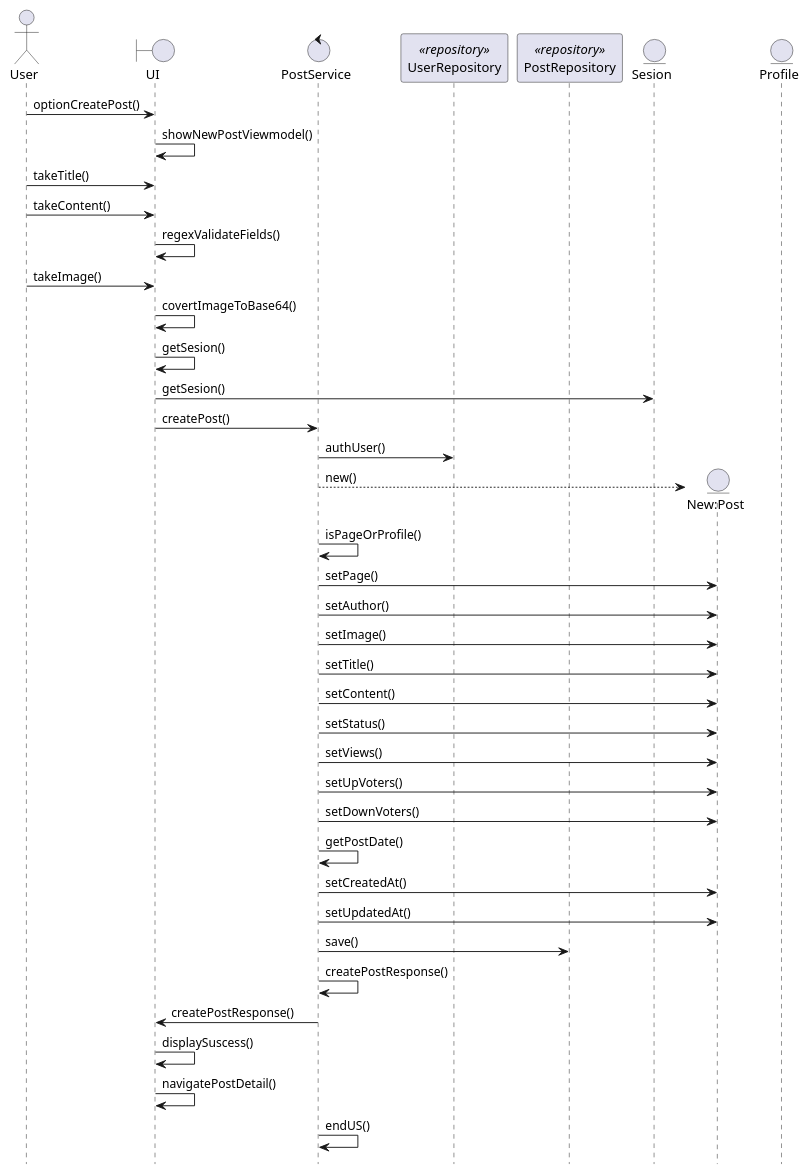
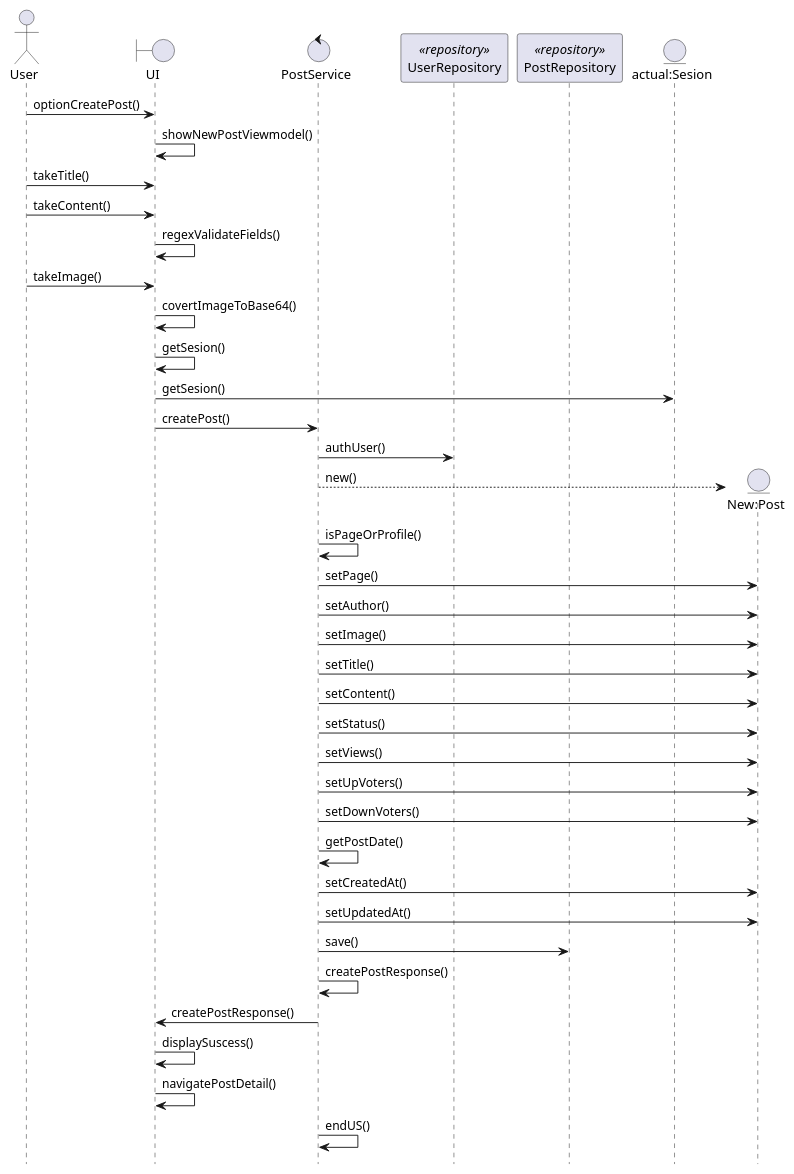
The diagram in create-post-sequence.puml (2piradrian/seminario-docs), drawn with PlantUML before and after one commit.

Commit message:
delete profile entity

```diff
--- a/create-post-sequence.puml
+++ b/create-post-sequence.puml
@@ -1,45 +1,44 @@
 @startuml
 actor User
 boundary "UI" as UI
 control "PostService" as C
 participant "UserRepository" as UR <<repository>>
 participant "PostRepository" as PTR <<repository>>
-entity "Sesion" as S
+entity "actual:Sesion" as S
 entity "New:Post" as P
-entity "Profile" as PR
 
 User -> UI : optionCreatePost()
 UI -> UI: showNewPostViewmodel()
 User -> UI: takeTitle()
 User -> UI: takeContent()
 UI -> UI: regexValidateFields()
 User -> UI: takeImage()
 UI -> UI: covertImageToBase64()
 UI -> UI: getSesion()
 UI -> S: getSesion()
 UI -> C: createPost()
 C -> UR: authUser() 
 create P
 C --> P : new()
 C -> C: isPageOrProfile()
 C -> P: setPage()
 C -> P: setAuthor()
 C -> P: setImage()
 C -> P: setTitle()
 C -> P: setContent()
 C -> P: setStatus()
 C -> P: setViews()
 C -> P: setUpVoters()
 C -> P: setDownVoters()
 C -> C : getPostDate()
 C -> P: setCreatedAt()
 C -> P: setUpdatedAt()
 C -> PTR: save()
 C -> C: createPostResponse()
 C -> UI: createPostResponse()
 UI -> UI: displaySuscess()
 UI -> UI: navigatePostDetail()
 C -> C : endUS()
 
 hide footbox
 @enduml
```
